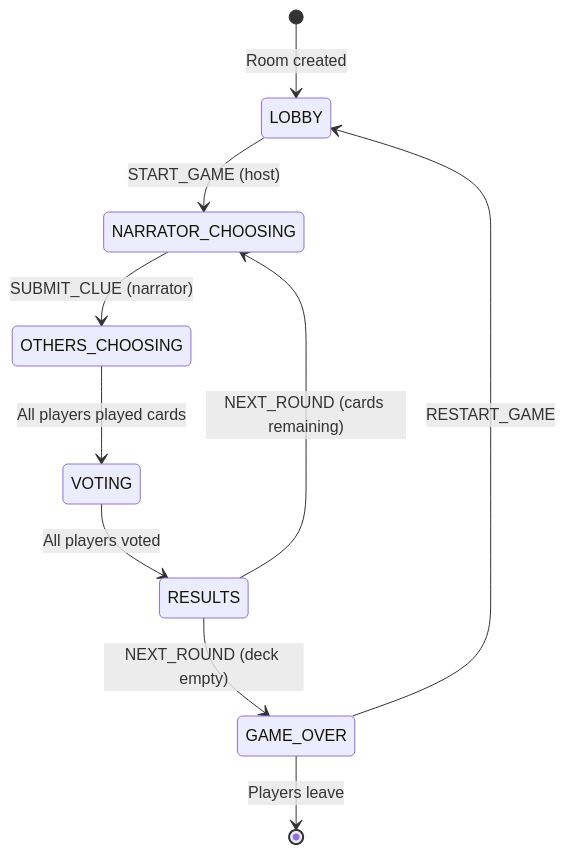
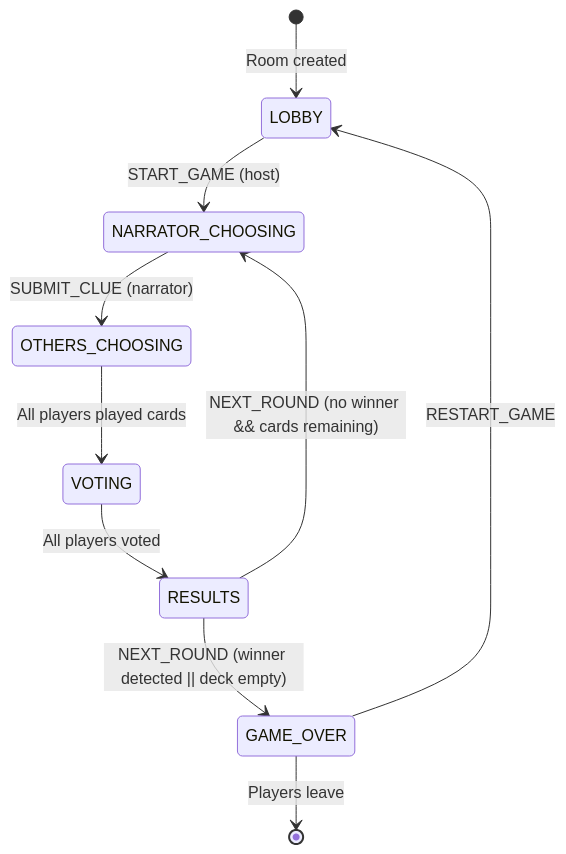
Before and after one commit to lukzgs/clues: the diagram in docs/en/STATE_MACHINE.md, drawn with Mermaid. The commit also changed other lines of this file and 5 other files, not shown here.

Commit message:
docs: update documentation for recent features and flow changes

````diff
--- a/docs/en/STATE_MACHINE.md
+++ b/docs/en/STATE_MACHINE.md
@@ -11,18 +11,18 @@
 ```mermaid
 stateDiagram-v2
     [*] --> LOBBY: Room created
     
     LOBBY --> NARRATOR_CHOOSING: START_GAME (host)
     
     NARRATOR_CHOOSING --> OTHERS_CHOOSING: SUBMIT_CLUE (narrator)
     
     OTHERS_CHOOSING --> VOTING: All players played cards
     
     VOTING --> RESULTS: All players voted
     
-    RESULTS --> NARRATOR_CHOOSING: NEXT_ROUND (cards remaining)
-    RESULTS --> GAME_OVER: NEXT_ROUND (deck empty)
+    RESULTS --> NARRATOR_CHOOSING: NEXT_ROUND (no winner && cards remaining)
+    RESULTS --> GAME_OVER: NEXT_ROUND (winner detected || deck empty)
     
     GAME_OVER --> LOBBY: RESTART_GAME
     GAME_OVER --> [*]: Players leave
 ```
````
